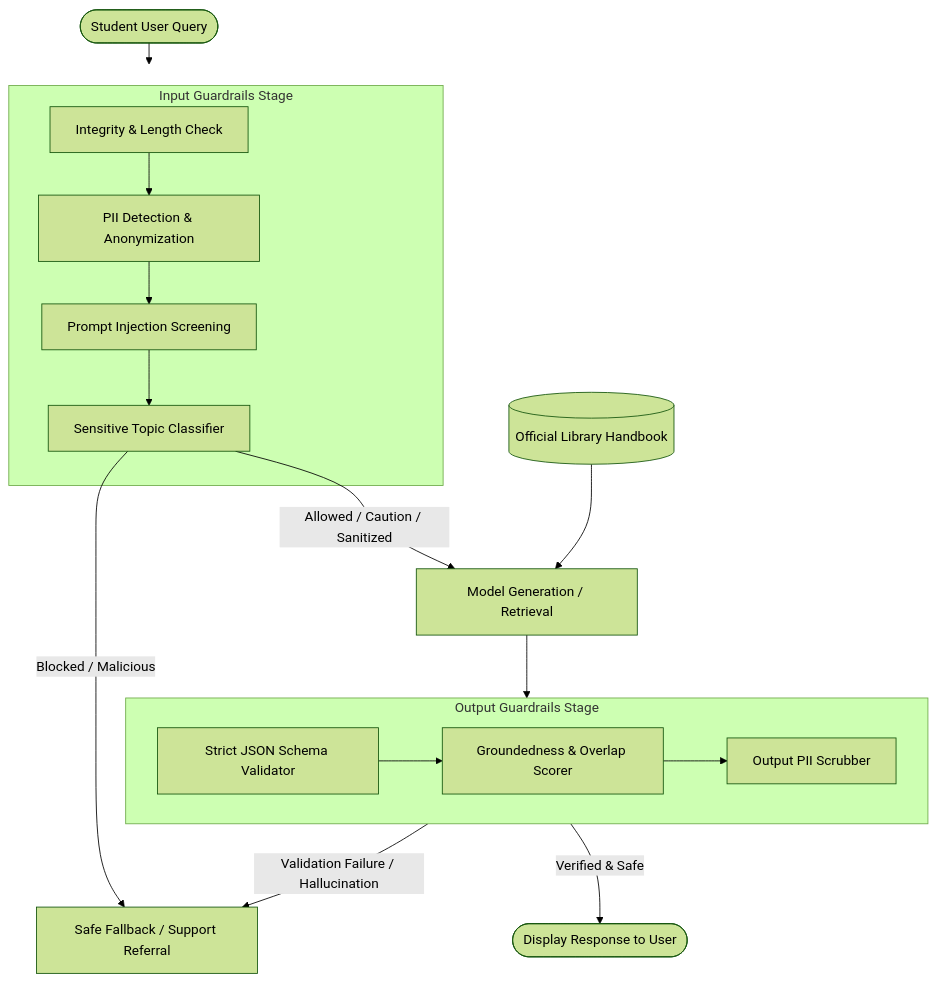
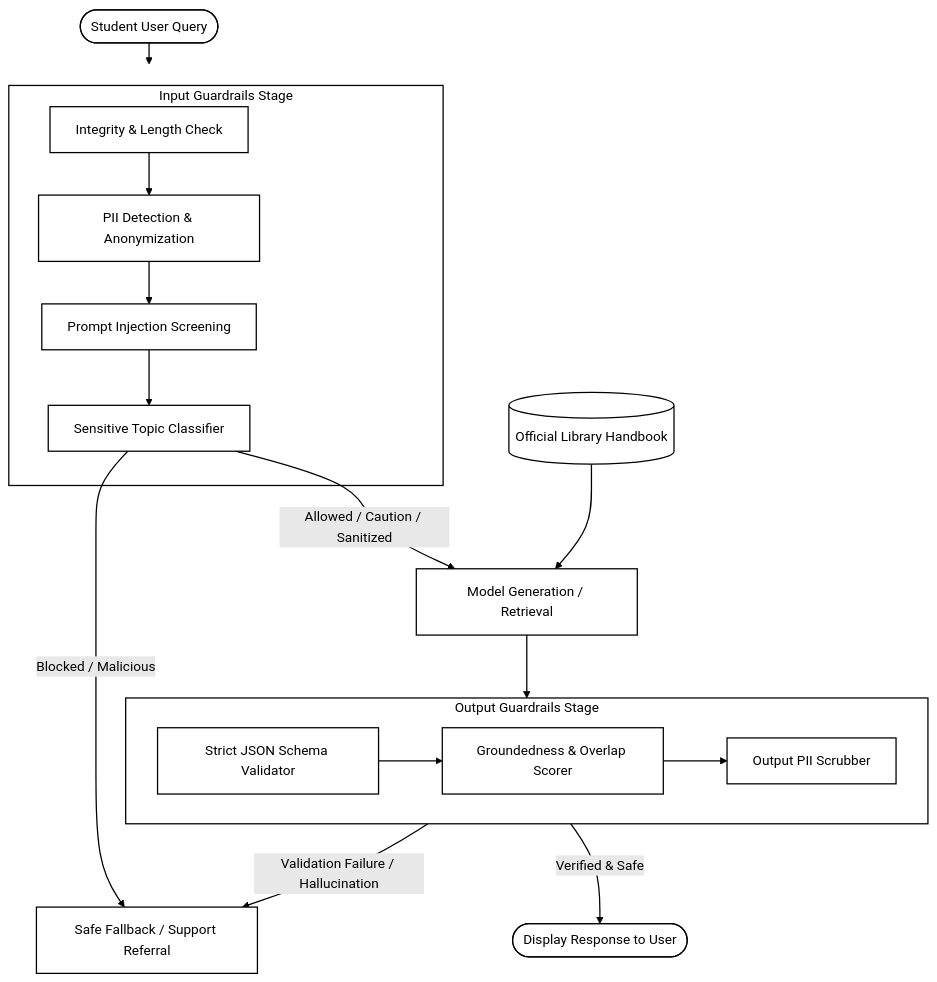
Before and after one commit to tiixsha/Trustworthy-AI-Guardrails: the diagram in report.md, drawn with Mermaid (forest theme). The commit also changed 2 other files, not shown here.

Commit message:
style: update architecture diagrams to minimalist black and white

````diff
--- a/report.md
+++ b/report.md
@@ -16,24 +16,30 @@
 ```mermaid
 flowchart TD
+    classDef default fill:#ffffff,stroke:#000000,stroke-width:1.5px,color:#000000;
+    linkStyle default stroke:#000000,stroke-width:1.5px;
+
     User([Student User Query]) --> InputStage[Stage 1: Input Guardrails]
     
     subgraph InputStage [Input Guardrails Stage]
         L[Integrity & Length Check] --> P[PII Detection & Anonymization]
         P --> I[Prompt Injection Screening]
         I --> T[Sensitive Topic Classifier]
     end
     
     T -->|Blocked / Malicious| FallbackResponse[Safe Fallback / Support Referral]
     T -->|Allowed / Caution / Sanitized| ModelGen[Model Generation / Retrieval]
     Ref[(Official Library Handbook)] --> ModelGen
     
     ModelGen --> OutputStage[Stage 2: Output Guardrails]
     
     subgraph OutputStage [Output Guardrails Stage]
         S[Strict JSON Schema Validator] --> G[Groundedness & Overlap Scorer]
         G --> O_PII[Output PII Scrubber]
     end
     
     OutputStage -->|Validation Failure / Hallucination| FallbackResponse
     OutputStage -->|Verified & Safe| FinalOutput([Display Response to User])
+
+    style InputStage fill:#ffffff,stroke:#000000,stroke-width:1.5px,color:#000000
+    style OutputStage fill:#ffffff,stroke:#000000,stroke-width:1.5px,color:#000000
 ```
````
